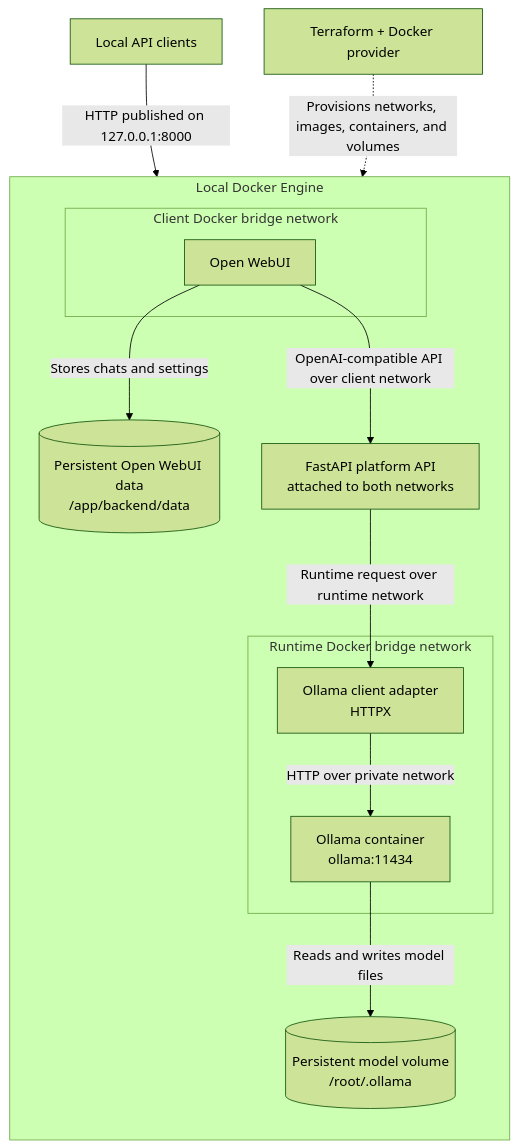
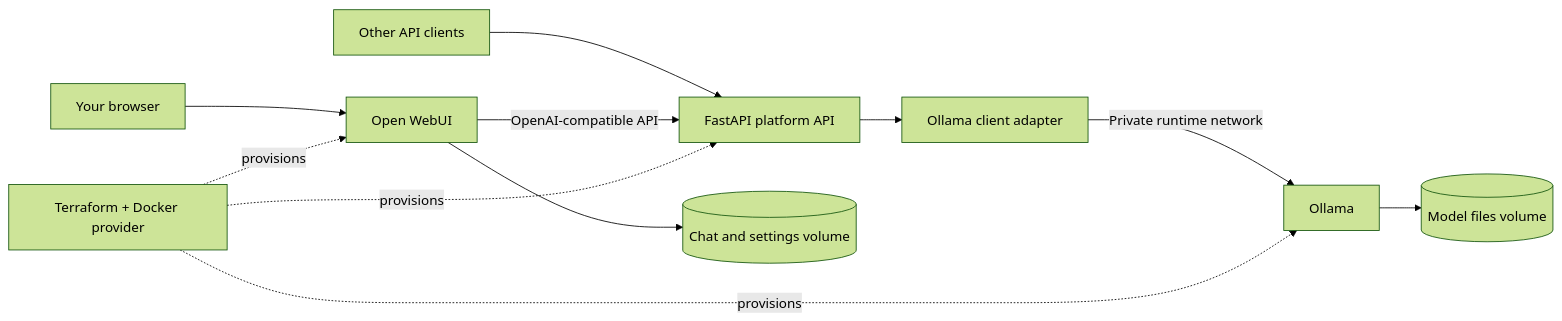
The diagram in docs/architecture.md (BinarySyrup/AI-Platform-Foundation-Local), drawn with Mermaid (forest theme) before and after one commit. The commit also changed other lines of this file and 12 other files, not shown here.

First line of the commit message:
• chore: standardize docs and pin Open WebUI 0.13.4

````diff
--- a/docs/architecture.md
+++ b/docs/architecture.md
@@ -32,31 +7,14 @@
 ```mermaid
-flowchart TD
-    Client["Local API clients"]
-    UI["Open WebUI"]
-    Terraform["Terraform + Docker provider"]
-
-    subgraph Docker["Local Docker Engine"]
-        direction TB
-        subgraph ClientNetwork["Client Docker bridge network"]
-            UI
-        end
-
-        subgraph RuntimeNetwork["Runtime Docker bridge network"]
-            Adapter["Ollama client adapter<br/>HTTPX"]
-            Ollama["Ollama container<br/>ollama:11434"]
-            Adapter -->|HTTP over private network| Ollama
-        end
-
-        API["FastAPI platform API<br/>attached to both networks"]
-
-        ModelVolume[("Persistent model volume<br/>/root/.ollama")]
-        Ollama -->|Reads and writes model files| ModelVolume
-        UIData[("Persistent Open WebUI data<br/>/app/backend/data")]
-        UI -->|Stores chats and settings| UIData
-    end
-
-    Client -->|HTTP published on 127.0.0.1:8000| API
-    UI -->|OpenAI-compatible API over client network| API
-    API -->|Runtime request over runtime network| Adapter
-    Terraform -. "Provisions networks, images, containers, and volumes" .-> Docker
+flowchart LR
+    Terraform[Terraform + Docker provider]
+    Browser[Your browser] --> UI[Open WebUI]
+    Client[Other API clients] --> API[FastAPI platform API]
+    UI -->|OpenAI-compatible API| API
+    API --> Adapter[Ollama client adapter]
+    Adapter -->|Private runtime network| Ollama[Ollama]
+    Ollama --> Models[(Model files volume)]
+    UI --> Chats[(Chat and settings volume)]
+    Terraform -. provisions .-> UI
+    Terraform -. provisions .-> API
+    Terraform -. provisions .-> Ollama
 ```
````
